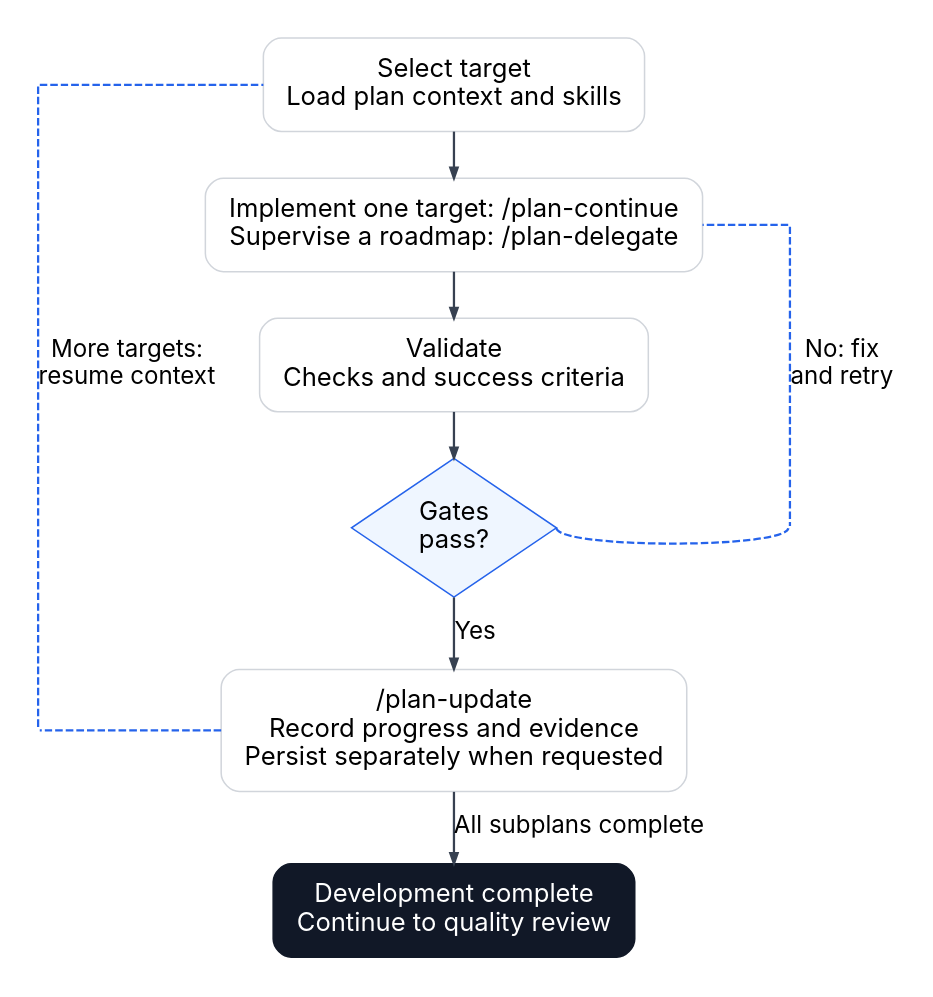
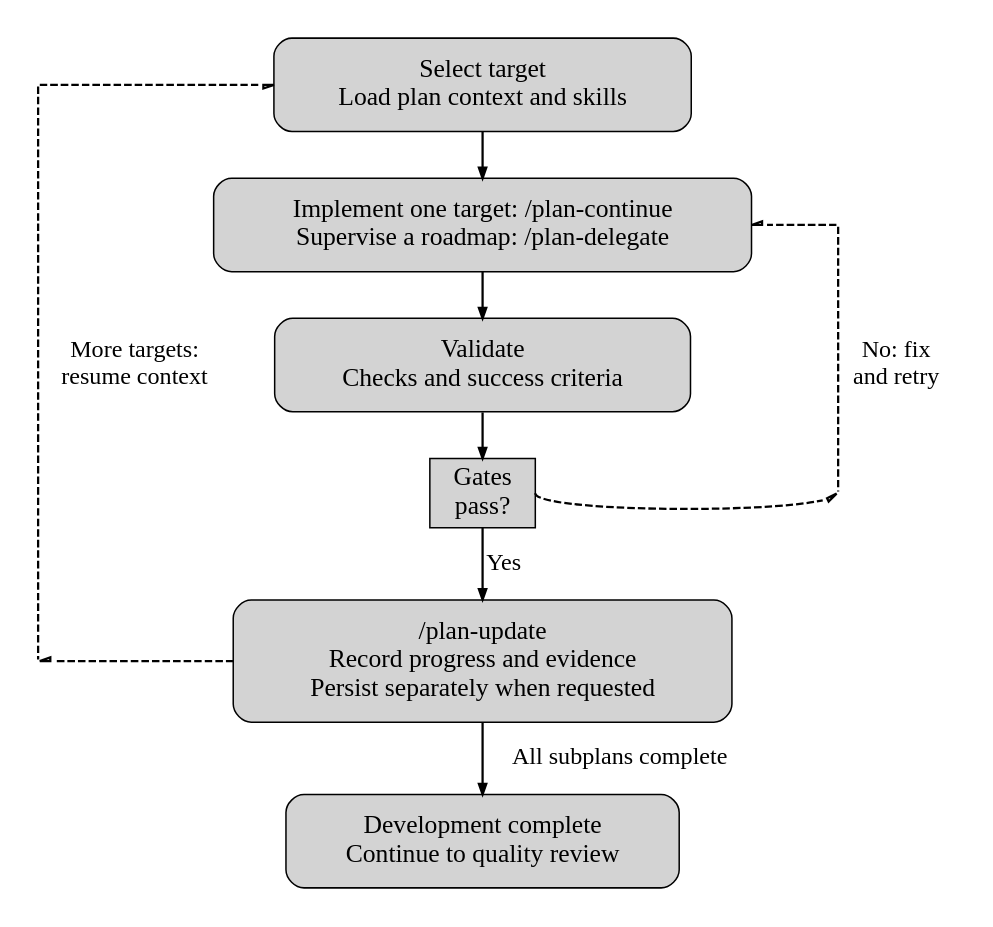
The diagram in packages/runtime/plugin/plugin-workflow/diagrams/development-cycle.dot (xonovex/platform), drawn with Graphviz before and after one commit. The commit also changed 31 other files, not shown here.

First line of the commit message:
feat(asset): mirror the Xonovex diagram style and render the diagrams from roles

```diff
--- a/packages/runtime/plugin/plugin-workflow/diagrams/development-cycle.dot
+++ b/packages/runtime/plugin/plugin-workflow/diagrams/development-cycle.dot
@@ -1,38 +1,38 @@
 digraph diagram {
-  graph [bgcolor="white", rankdir=TB, pad=0.25, nodesep=0.4, ranksep=0.4, splines=polyline, fontname="Space Grotesk,sans-serif", fontcolor="#000000"]
-  node [shape=box, style="rounded,filled", fontname="Inter,sans-serif", fontsize=17, color="#d1d5db", fillcolor="#ffffff", fontcolor="#000000", margin="0.22,0.16", group=steps]
-  edge [fontname="Inter,sans-serif", fontsize=16, color="#374151", fontcolor="#000000", penwidth=1.5, arrowsize=0.7]
+  graph [rankdir=TB, pad=0.25, nodesep=0.4, ranksep=0.4, splines=polyline]
+  node [shape=box, style="rounded,filled", fontsize=17, margin="0.22,0.16", group=steps]
+  edge [fontsize=16, penwidth=1.5, arrowsize=0.7]
 
   next [label="Select target\nLoad plan context and skills"]
   implement [label="Implement one target: /plan-continue\nSupervise a roadmap: /plan-delegate"]
   validate [label="Validate\nChecks and success criteria"]
-  gates [label="Gates\npass?", shape=diamond, style=filled, fillcolor="#eff6ff", color="#2563eb", margin="0.14,0.06"]
+  gates [label="Gates\npass?", role="decision", style=filled, margin="0.14,0.06"]
   update [label="/plan-update\nRecord progress and evidence\nPersist separately when requested"]
-  complete [label="Development complete\nContinue to quality review", fillcolor="#111827", color="#111827", fontcolor="#ffffff"]
+  complete [label="Development complete\nContinue to quality review", role="strong"]
 
   node [shape=point, width=0, height=0, label="", style=invis]
   resume_top [group=resume]
   resume_bottom [group=resume]
   retry_top [group=retry]
   retry_bottom [group=retry]
 
   { rank=same; resume_top; next }
   { rank=same; implement; retry_top }
   { rank=same; gates; retry_bottom }
   { rank=same; resume_bottom; update }
 
   next -> implement -> validate -> gates [weight=20]
   gates -> update [label="Yes"]
   update -> complete [label="All subplans complete"]
 
   resume_bottom -> update [style=invis]
   implement -> retry_top [style=invis]
 
-  edge [color="#2563eb", style=dashed]
+  edge [role=retry, style=dashed]
   gates:e -> retry_bottom [arrowhead=none, constraint=false]
   retry_top -> retry_bottom [label="No: fix\nand retry", arrowhead=none, weight=20]
   retry_top -> implement:e [constraint=false]
   update:w -> resume_bottom [arrowhead=none, constraint=false]
   resume_top -> resume_bottom [label="More targets:\nresume context", arrowhead=none, weight=20]
   resume_top -> next:w
 }
```
